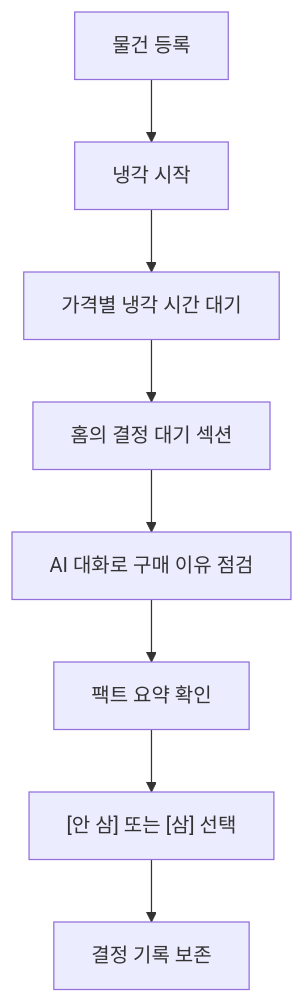
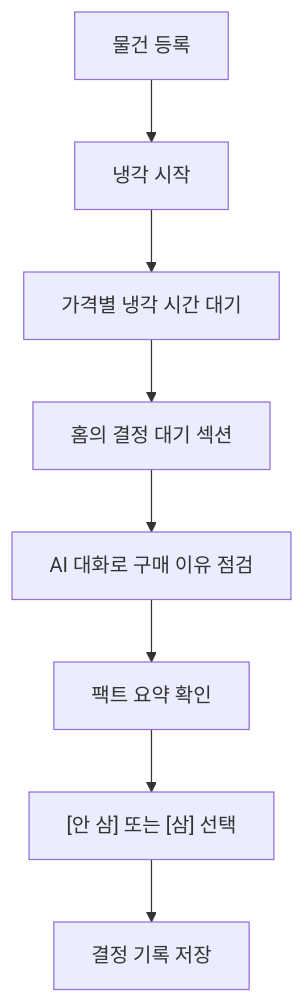
The diagram in docs/pm/prd.md (web-ppu/cooling-off), drawn with Mermaid before and after one commit. The commit also changed other lines of this file and 7 other files, not shown here.

````diff
--- a/docs/pm/prd.md
+++ b/docs/pm/prd.md
@@ -59,10 +61,10 @@
 ```mermaid
 flowchart TD
   Register["물건 등록"] --> Start["냉각 시작"]
   Start --> Cooling["가격별 냉각 시간 대기"]
   Cooling --> Ready["홈의 결정 대기 섹션"]
   Ready --> Decide["AI 대화로 구매 이유 점검"]
   Decide --> Summary["팩트 요약 확인"]
   Summary --> Choice["[안 삼] 또는 [삼] 선택"]
-  Choice --> Record["결정 기록 보존"]
+  Choice --> Record["결정 기록 저장"]
 ```
````
